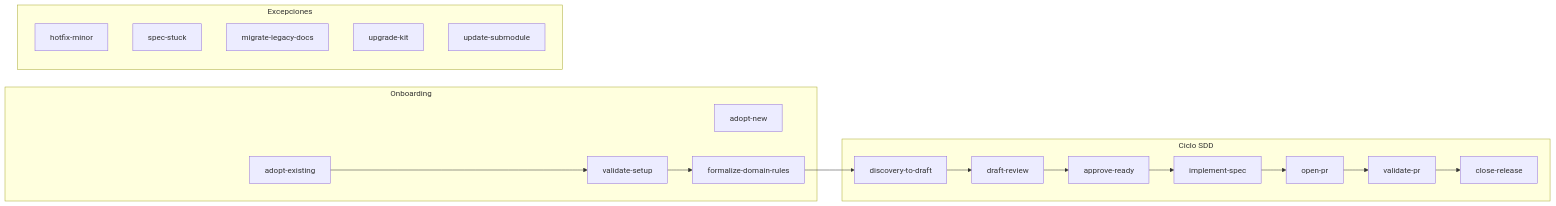
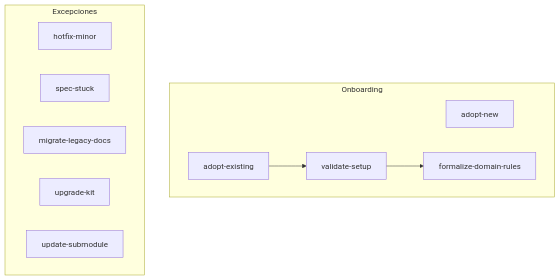
The second of 2 diagrams in core/prompt-catalog.md (jcalistop/sdd-kit), drawn with Mermaid before and after one commit. The commit also changed other lines of this file and 25 other files, not shown here.

First line of the commit message:
feat(core): SDD-003 — refactor ciclo SDD y verify antes de Git

````diff
--- a/core/prompt-catalog.md
+++ b/core/prompt-catalog.md
@@ -25,26 +67,17 @@
 ```mermaid
-flowchart LR
+flowchart TB
     subgraph onboarding [Onboarding]
         A1[adopt-new]
         A2[adopt-existing]
         A3[validate-setup]
         A4[formalize-domain-rules]
-    end
-    subgraph cycle [Ciclo SDD]
-        W1[discovery-to-draft]
-        W2[draft-review]
-        W3[approve-ready]
-        W4[implement-spec]
-        W5[open-pr]
-        W6[validate-pr]
-        W7[close-release]
     end
     subgraph exceptions [Excepciones]
         E1[hotfix-minor]
         E2[spec-stuck]
         E3[migrate-legacy-docs]
         E4[upgrade-kit]
         E5[update-submodule]
     end
-    A2 --> A3 --> A4 --> W1 --> W2 --> W3 --> W4 --> W5 --> W6 --> W7
+    A2 --> A3 --> A4
 ```
````
